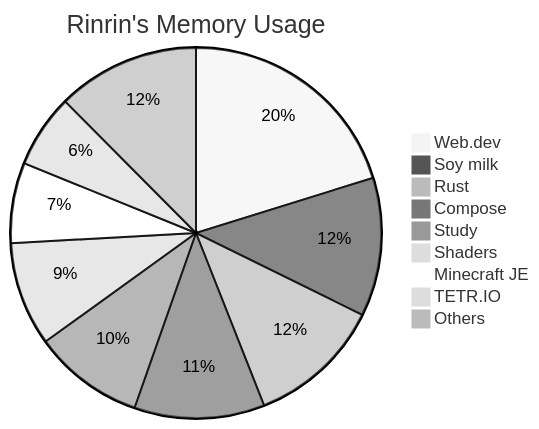
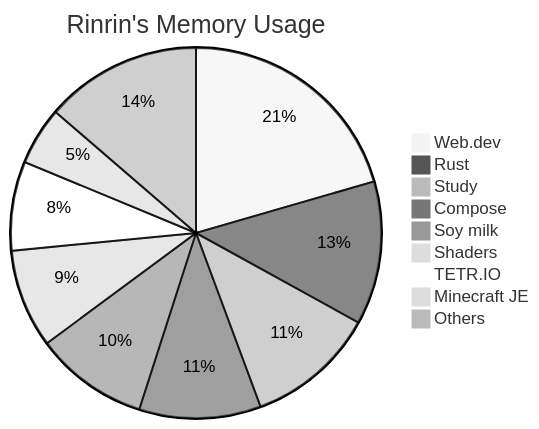
One commit to Rinrin0413/Rinrin0413 changed the diagram in README.md. Above: the diagram before and after it, drawn with Mermaid (neutral theme).

Commit message:
🛠 Update: Rinrin's Memory Usage

````diff
--- a/README.md
+++ b/README.md
@@ -76,12 +76,12 @@
 ```mermaid
 pie title Rinrin's Memory Usage
-    "Web.dev": 167
-    "Soy milk": 100
-    "Rust": 97
-    "Compose": 94
-    "Study": 80
-    "Shaders": 75
-    "Minecraft JE": 58
-    "TETR.IO": 53
-    "Others": 103
+    "Web.dev": 174
+    "Rust": 106
+    "Study": 96
+    "Compose": 90
+    "Soy milk": 84
+    "Shaders": 73
+    "TETR.IO": 66
+    "Minecraft JE": 43
+    "Others": 116
 ```
````
